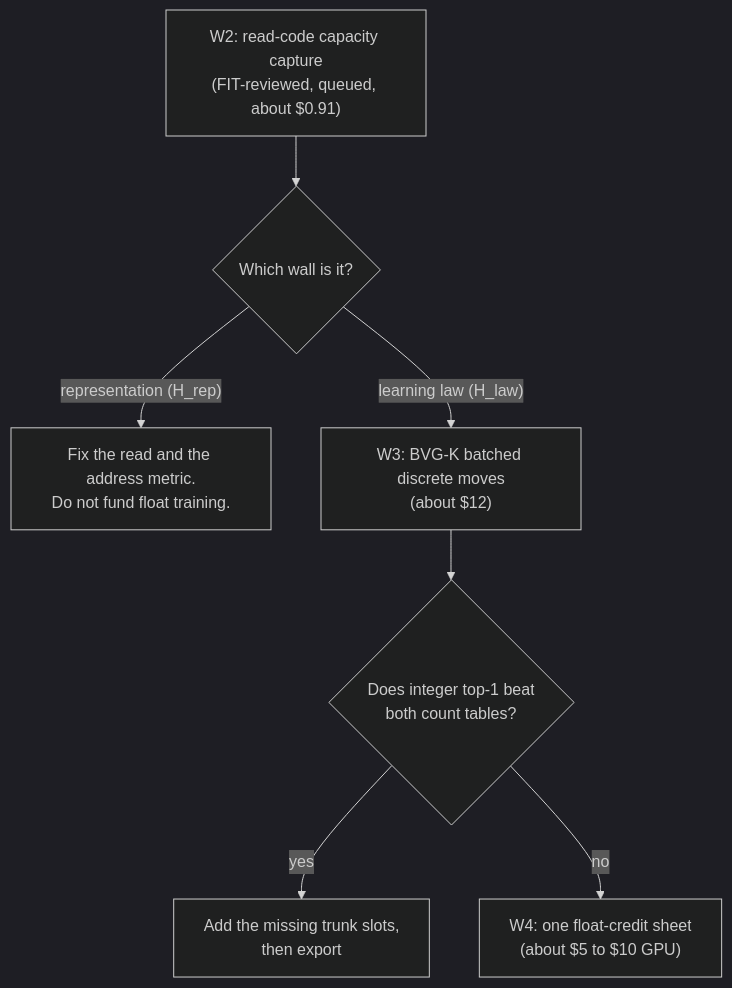
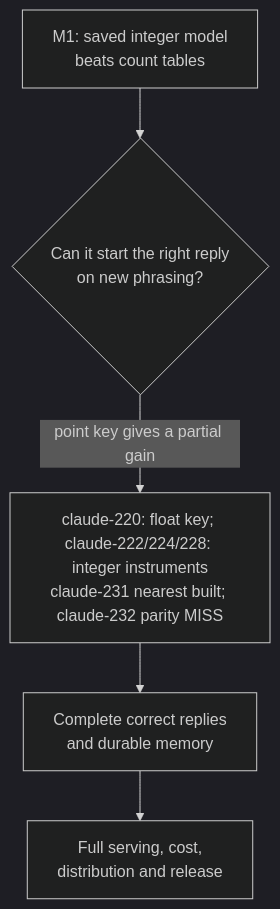
Before and after one commit to UOR-Foundation/uor-r4: the diagram in docs/research/open-questions.md, drawn with Mermaid (dark theme). The commit also changed other lines of this file and 145 other files, not shown here.

````diff
--- a/docs/research/open-questions.md
+++ b/docs/research/open-questions.md
@@ -5,9 +8,7 @@
 ```mermaid
 flowchart TD
-  W2["W2: read-code capacity capture<br/>(FIT-reviewed, queued, about $0.91)"] --> Q{"Which wall is it?"}
-  Q -- "representation (H_rep)" --> R["Fix the read and the address metric.<br/>Do not fund float training."]
-  Q -- "learning law (H_law)" --> W3["W3: BVG-K batched discrete moves<br/>(about $12)"]
-  W3 --> Q3{"Does integer top-1 beat<br/>both count tables?"}
-  Q3 -- yes --> NX["Add the missing trunk slots,<br/>then export"]
-  Q3 -- no --> W4["W4: one float-credit sheet<br/>(about $5 to $10 GPU)"]
+  A["M1: saved integer model<br/>beats count tables"] --> B{"Can it start the right reply<br/>on new phrasing?"}
+  B -- "point key gives a partial gain" --> M["claude-220: float key; claude-222/224/228: integer instruments<br/>claude-231 nearest built; claude-232 parity MISS"]
+  M --> R["Complete correct replies<br/>and durable memory"]
+  R --> S["Full serving, cost,<br/>distribution and release"]
 ```
````
